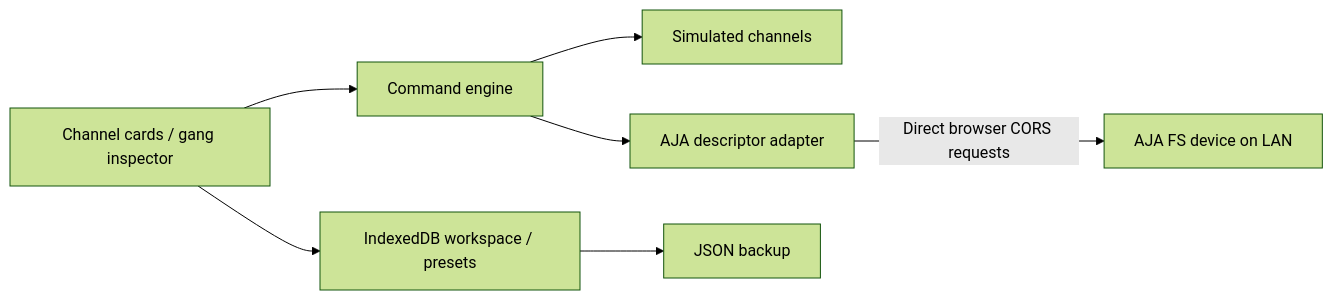
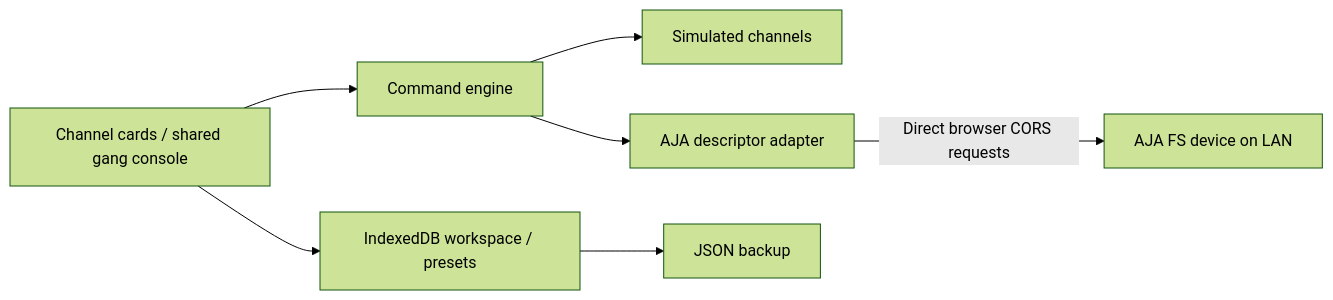
The diagram in docs/architecture.md (InertiaImpact/SignalShade), drawn with Mermaid (forest theme) before and after one commit. The commit also changed other lines of this file and 9 other files, not shown here.

Commit message:
Redesign shading cards and add shared multi-channel slider controls

````diff
--- a/docs/architecture.md
+++ b/docs/architecture.md
@@ -5,9 +5,9 @@
 ```mermaid
 flowchart LR
-  UI[Channel cards / gang inspector] --> Engine[Command engine]
+  UI[Channel cards / shared gang console] --> Engine[Command engine]
   Engine --> Sim[Simulated channels]
   Engine --> Adapter[AJA descriptor adapter]
   Adapter -->|Direct browser CORS requests| Device[AJA FS device on LAN]
   UI --> Store[IndexedDB workspace / presets]
   Store --> Backup[JSON backup]
 ```
````
